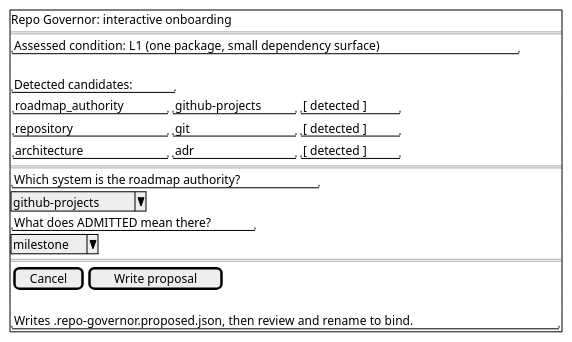
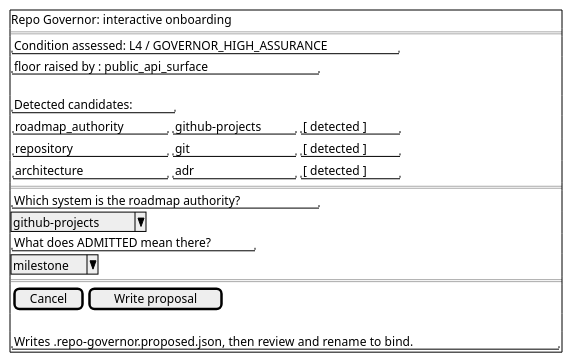
The eighth of 8 diagrams in docs/DESIGN_DOC.md (tosin2013/repo-governor), drawn with PlantUML before and after one commit. The commit also changed other lines of this file and 39 other files, not shown here.

````diff
--- a/docs/DESIGN_DOC.md
+++ b/docs/DESIGN_DOC.md
@@ -377,26 +377,27 @@
 ```puml
 @startuml
 salt
 {
   {+
     Repo Governor: interactive onboarding
     ==
-    "Assessed condition: L1  (one package, small dependency surface)"
+    "Condition assessed: L4 / GOVERNOR_HIGH_ASSURANCE"
+    "  floor raised by : public_api_surface"
     .
     "Detected candidates:"
     { "  roadmap_authority" | "github-projects" | "[ detected ]" }
     { "  repository       " | "git            " | "[ detected ]" }
     { "  architecture     " | "adr            " | "[ detected ]" }
     ==
     "Which system is the roadmap authority?"
     ^github-projects^
     "What does ADMITTED mean there?"
     ^milestone^
     ==
     { [ Cancel ] | [ Write proposal ] }
     .
     "Writes .repo-governor.proposed.json, then review and rename to bind."
   }
 }
 @enduml
 ```
````
